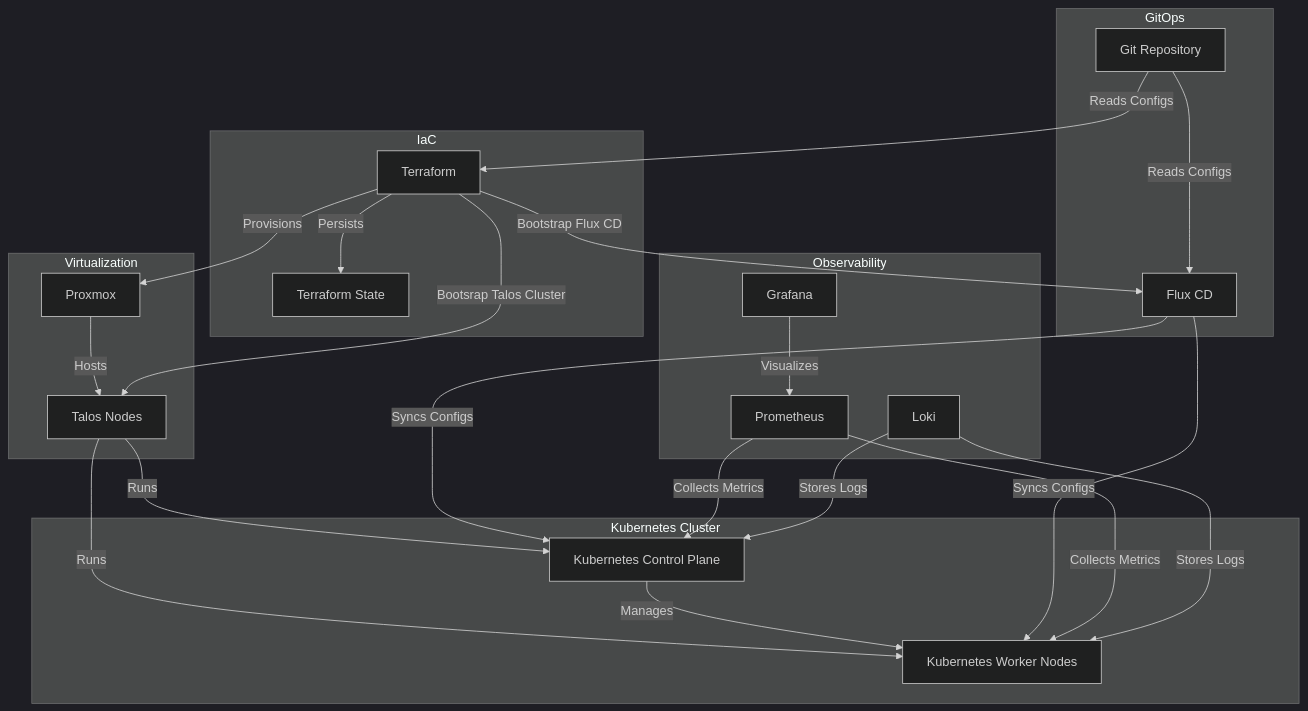
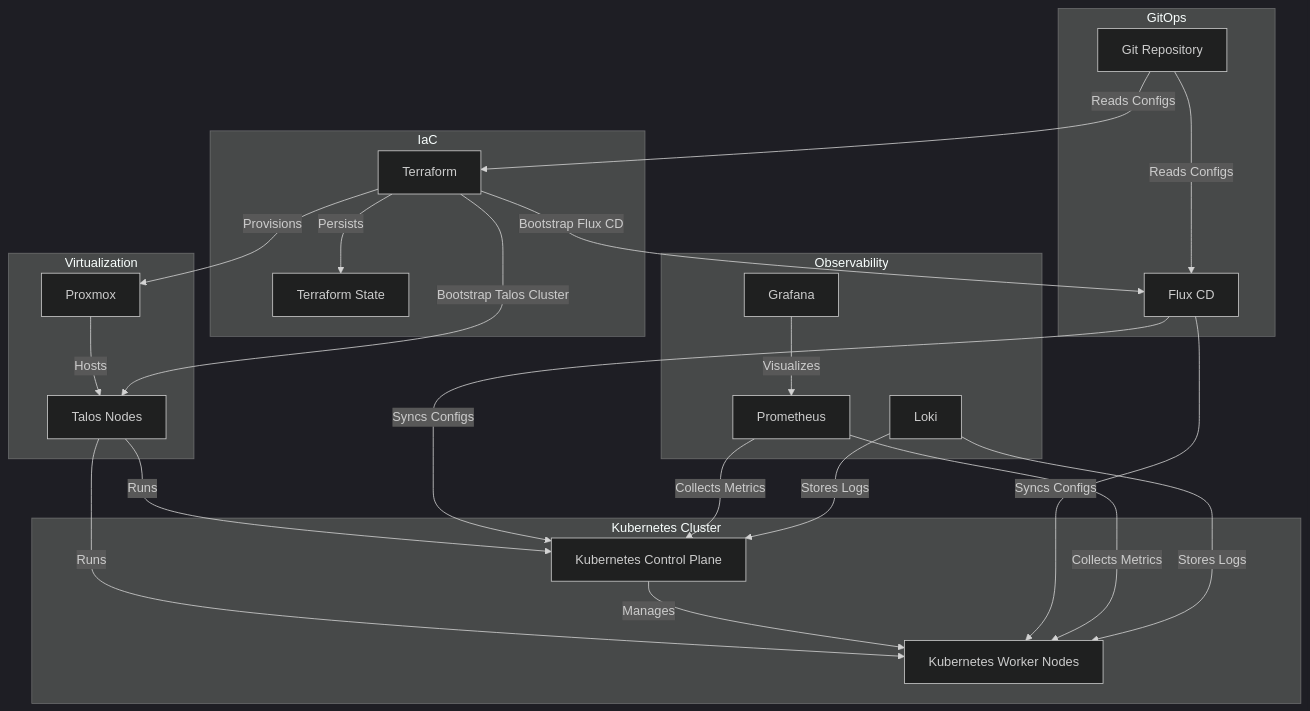
The diagram in README.md (odrianoaliveira/homelab), drawn with Mermaid (dark theme) before and after one commit. The commit also changed other lines of this file, not shown here.

Commit message:
define the roadmap

````diff
--- a/README.md
+++ b/README.md
@@ -28,35 +73,35 @@
 ```mermaid
 %% Homelab Architecture Diagram
 graph TD
     subgraph Virtualization
         A[Proxmox] -->|Hosts| B[Talos Nodes]
     end
 
     subgraph Kubernetes Cluster
         B -->|Runs| C[Kubernetes Control Plane]
         B -->|Runs| D[Kubernetes Worker Nodes]
         C -->|Manages| D
     end
 
     subgraph GitOps
         I[Flux CD] -->|Syncs Configs| C
         I -->|Syncs Configs| D
         J[Git Repository] -->|Reads Configs| I
     end
 
     subgraph IaC
         J[Git Repository] --> |Reads Configs| E[Terraform]
         E -->|Provisions| A
-        E -->|Bootsrap Talos Cluster| B
+        E -->|Bootstrap Talos Cluster| B
         E -->|Bootstrap Flux CD| I[Flux CD]
         E -->|Persists| P[Terraform State]
     end
 
     subgraph Observability
         F[Prometheus] -->|Collects Metrics| C
         F -->|Collects Metrics| D
         G[Grafana] -->|Visualizes| F
         H[Loki] -->|Stores Logs| C
         H -->|Stores Logs| D
     end
 ```
````
